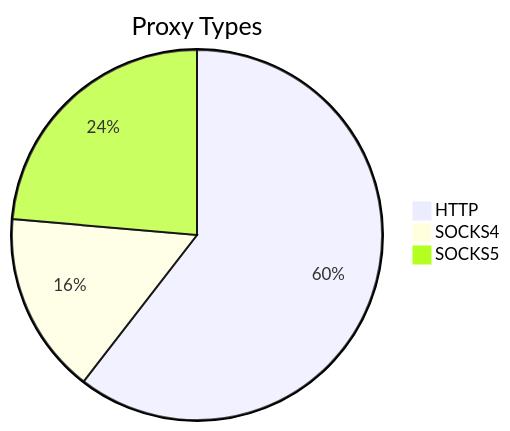
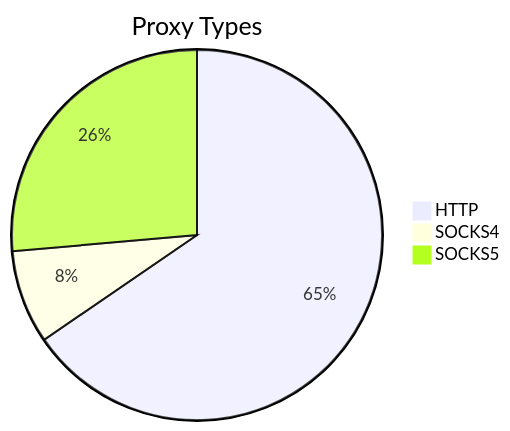
Before and after one commit to stormsia/proxy-list: the first of 2 diagrams in README.md, drawn with Mermaid. The commit also changed other lines of this file, not shown here.

````diff
--- a/README.md
+++ b/README.md
@@ -21,6 +21,6 @@
 ```mermaid
 pie title Proxy Types
-    "HTTP" : 727
-    "SOCKS4" : 191
-    "SOCKS5" : 284
+    "HTTP" : 585
+    "SOCKS4" : 73
+    "SOCKS5" : 236
 ```
````
